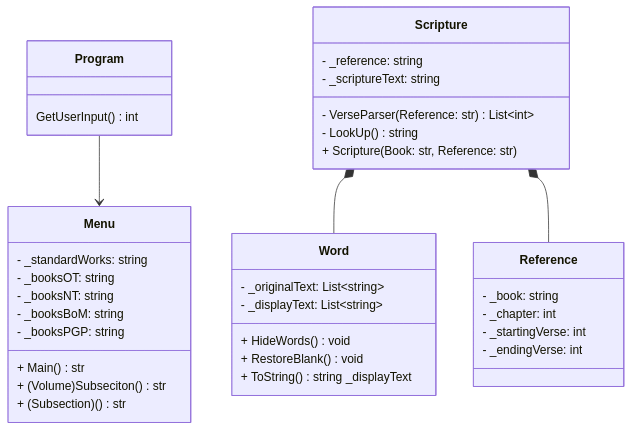
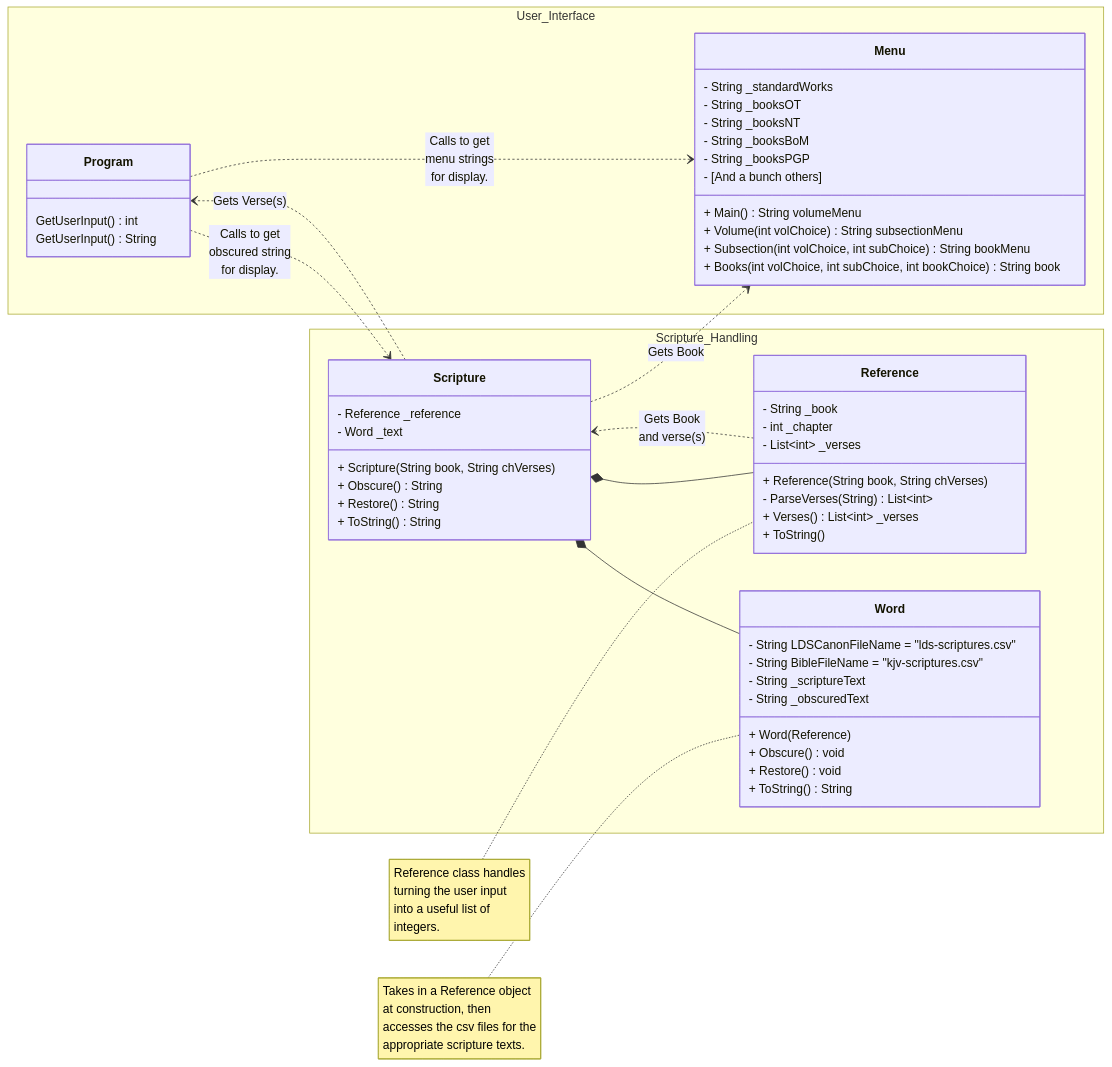
Before and after one commit to parkerd3/CSE_2.electric_boogaloo: the diagram in prove/Develop03/README.md, drawn with Mermaid. The commit also changed other lines of this file, not shown here.

Commit message:
Finished the design (finally). Includes an IPO table, a class diagram/flowchart, and a short summary heading which gives a brief explanation of the purpose and function of each class.

````diff
--- a/prove/Develop03/README.md
+++ b/prove/Develop03/README.md
@@ -23,41 +31,62 @@
 ```mermaid
 classDiagram
-    class Program {
-        GetUserInput() int
-
+    direction LR
+    namespace User_Interface {
+        class Program {
+            GetUserInput() int
+            GetUserInput() String
+        }
+        class Menu {
+            - String _standardWorks
+            - String _booksOT
+            - String _booksNT
+            - String _booksBoM
+            - String _booksPGP
+            - [And a bunch others]
+            + Main() String volumeMenu
+            + Volume(int volChoice) String subsectionMenu
+            + Subsection(int volChoice, int subChoice) String bookMenu
+            + Books(int volChoice, int subChoice, int bookChoice) String book
+        }
     }
-    class Menu {
-        - _standardWorks: string
-        - _booksOT: string
-        - _booksNT: string
-        - _booksBoM: string
-        - _booksPGP: string
-        + Main() str
-        + (Volume)Subseciton() str
-        + (Subsection)() str
+    
+    note for Reference "Reference class handles<br>turning the user input<br>into a useful list of<br>integers."
+    note for Word "Takes in a Reference object<br>at construction, then<br>accesses the csv files for the<br>appropriate scripture texts."
+    namespace Scripture_Handling{
+        
+        class Scripture {
+            - Reference _reference
+            - Word _text
+            + Scripture(String book, String chVerses)
+            + Obscure() String
+            + Restore() String
+            + ToString() String
+        }
+        class Reference {
+            - String _book
+            - int _chapter
+            - List~int~ _verses
+            + Reference(String book, String chVerses)
+            - ParseVerses(String) List~int~
+            + Verses() List~int~ _verses
+            + ToString()
+        }
+        class Word {
+            - String LDSCanonFileName = "lds-scriptures.csv"
+            - String BibleFileName = "kjv-scriptures.csv"
+            - String _scriptureText
+            - String _obscuredText
+            + Word(Reference)
+            + Obscure() void
+            + Restore() void
+            + ToString() String 
+        }
     }
-    class Scripture {
-        - _reference: string
-        - _scriptureText: string
-        - VerseParser(Reference: str) List~int~
-        - LookUp() string
-        + Scripture(Book: str, Reference: str)
-    }
-    class Reference {
-        - _book: string
-        - _chapter: int
-        - _startingVerse: int
-        - _endingVerse: int
-    }
-    class Word {
-        - _originalText: List~string~
-        - _displayText: List~string~
-        + HideWords() void
-        + RestoreBlank() void
-        + ToString() string _displayText
-    }
-
-    Program --> Menu
+    Program ..> Menu : Calls to get<br>menu strings<br>for display.
     Scripture *-- Word
     Scripture *-- Reference
+    Scripture ..> Menu : Gets Book
+    Scripture ..> Program : Gets Verse(s)
+    Reference ..> Scripture : Gets Book<br>and verse(s)
+    Program ..> Scripture : Calls to get<br>obscured string<br>for display.
 ```
````
